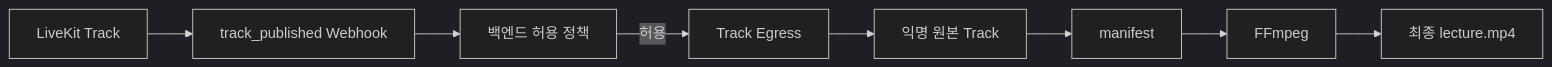
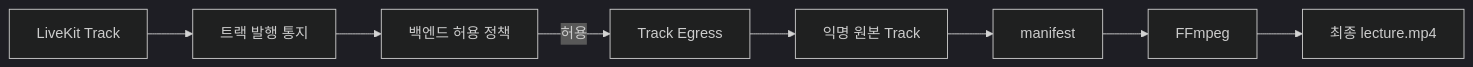
Before and after one commit to eomgerm/zani: the sixth of 6 diagrams in .agents/livekit-overview.md, drawn with Mermaid (dark theme). The commit also changed other lines of this file and 3 other files, not shown here.

First line of the commit message:
📝 docs: LiveKit 구현 가이드를 결정에 맞추고 웹훅 열거 제거 (S15P11A105-232)

````diff
--- a/.agents/livekit-overview.md
+++ b/.agents/livekit-overview.md
@@ -184,10 +185,10 @@
 ```mermaid
 flowchart LR
-    T["LiveKit Track"] --> W["track_published Webhook"]
+    T["LiveKit Track"] --> W["트랙 발행 통지"]
     W --> P["백엔드 허용 정책"]
     P -->|"허용"| E["Track Egress"]
     E --> R["익명 원본 Track"]
     R --> M["manifest"]
     M --> F["FFmpeg"]
     F --> O["최종 lecture.mp4"]
 ```
````
